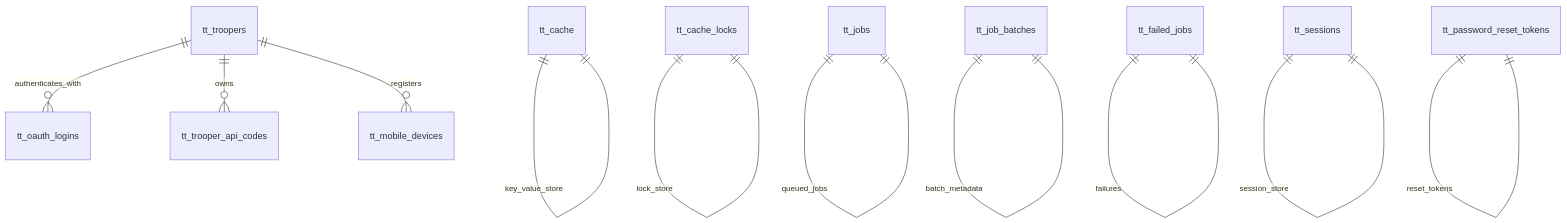
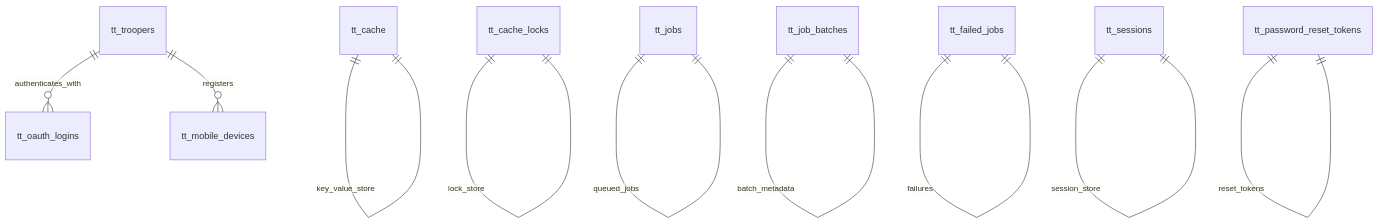
The sixth of 6 diagrams in docs/DATABASE.md (obsidianslicers/trooper-tracker), drawn with Mermaid before and after one commit. The commit also changed other lines of this file and 1 other file, not shown here.

````diff
--- a/docs/DATABASE.md
+++ b/docs/DATABASE.md
@@ -141,14 +139,13 @@
   ```mermaid
   erDiagram
     tt_troopers ||--o{ tt_oauth_logins : authenticates_with
-    tt_troopers ||--o{ tt_trooper_api_codes : owns
     tt_troopers ||--o{ tt_mobile_devices : registers
 
     tt_cache ||--|| tt_cache : key_value_store
     tt_cache_locks ||--|| tt_cache_locks : lock_store
     tt_jobs ||--|| tt_jobs : queued_jobs
     tt_job_batches ||--|| tt_job_batches : batch_metadata
     tt_failed_jobs ||--|| tt_failed_jobs : failures
     tt_sessions ||--|| tt_sessions : session_store
     tt_password_reset_tokens ||--|| tt_password_reset_tokens : reset_tokens
   ```
````
